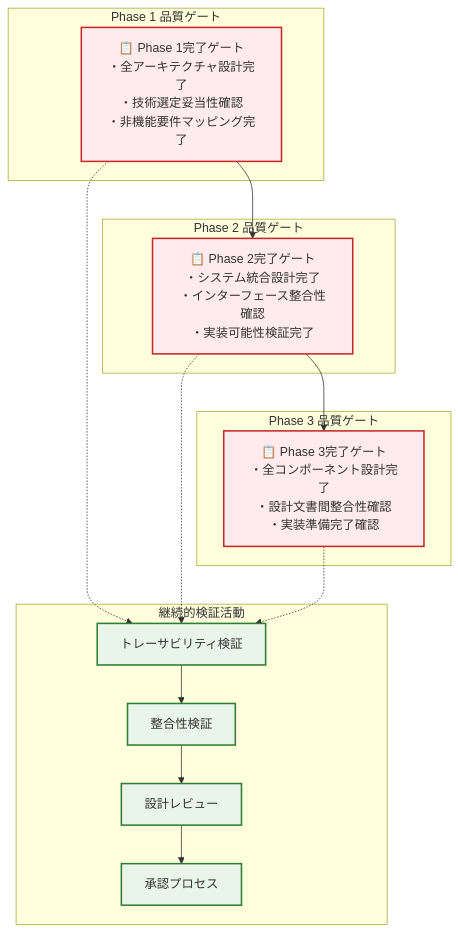
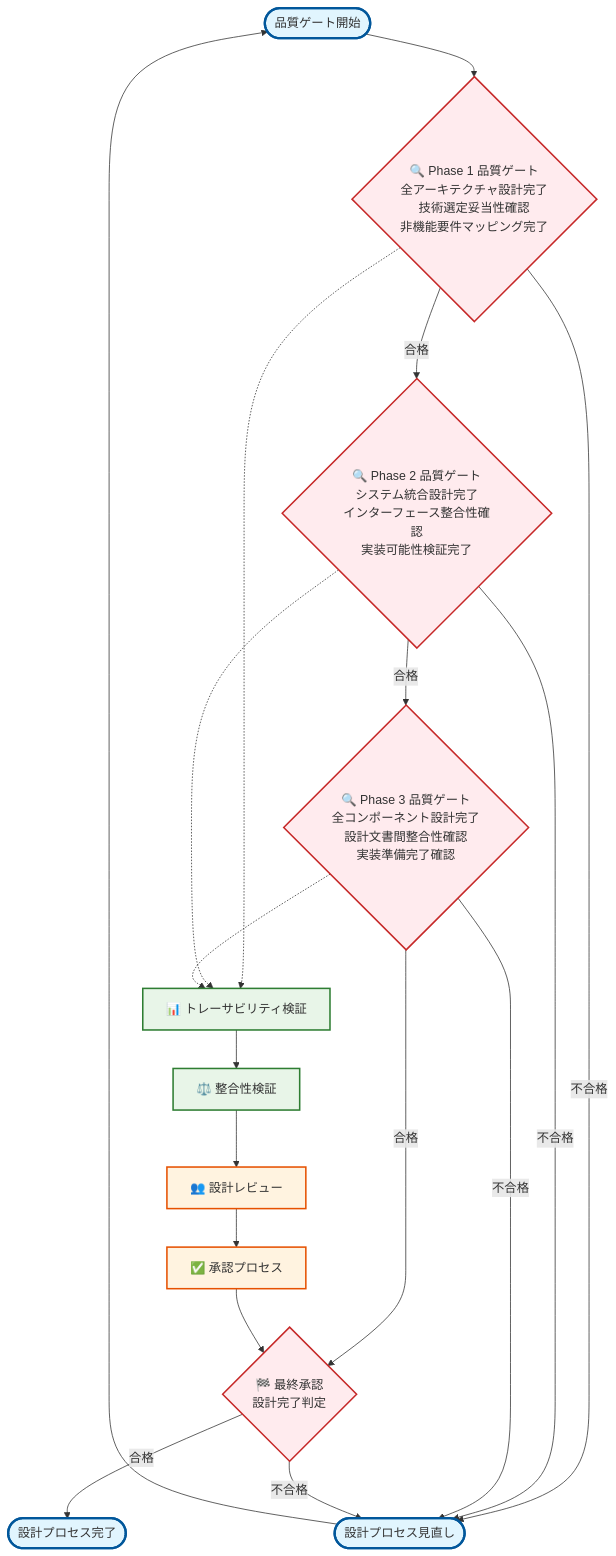
The fifth of 7 diagrams in docs/design/design_process_flow_diagram.md (toshimana/zoom_video_mover), drawn with Mermaid before and after one commit. The commit also changed other lines of this file and 1 other file, not shown here.

````diff
--- a/docs/design/design_process_flow_diagram.md
+++ b/docs/design/design_process_flow_diagram.md
@@ -340,44 +413,57 @@
 ```mermaid
-graph TD
-    %% Phase 1 品質ゲート
-    subgraph "Phase 1 品質ゲート"
-        P1_GATE[📋 Phase 1完了ゲート<br/>・全アーキテクチャ設計完了<br/>・技術選定妥当性確認<br/>・非機能要件マッピング完了]
-    end
+flowchart TD
+    %% 品質ゲート
+    QG_START([品質ゲート開始])
     
-    %% Phase 2 品質ゲート
-    subgraph "Phase 2 品質ゲート"
-        P2_GATE[📋 Phase 2完了ゲート<br/>・システム統合設計完了<br/>・インターフェース整合性確認<br/>・実装可能性検証完了]
-    end
+    %% Phase品質ゲート
+    P1_GATE{🔍 Phase 1 品質ゲート<br/>全アーキテクチャ設計完了<br/>技術選定妥当性確認<br/>非機能要件マッピング完了}
     
-    %% Phase 3 品質ゲート
-    subgraph "Phase 3 品質ゲート"
-        P3_GATE[📋 Phase 3完了ゲート<br/>・全コンポーネント設計完了<br/>・設計文書間整合性確認<br/>・実装準備完了確認]
-    end
+    P2_GATE{🔍 Phase 2 品質ゲート<br/>システム統合設計完了<br/>インターフェース整合性確認<br/>実装可能性検証完了}
     
-    %% 検証活動
-    subgraph "継続的検証活動"
-        TRACE_CHECK[トレーサビリティ検証]
-        CONSISTENCY_CHECK[整合性検証]
-        REVIEW[設計レビュー]
-        APPROVAL[承認プロセス]
-        
-        TRACE_CHECK --> CONSISTENCY_CHECK
-        CONSISTENCY_CHECK --> REVIEW
-        REVIEW --> APPROVAL
-    end
+    P3_GATE{🔍 Phase 3 品質ゲート<br/>全コンポーネント設計完了<br/>設計文書間整合性確認<br/>実装準備完了確認}
+    
+    %% 継続的検証活動
+    TRACE_CHECK[📊 トレーサビリティ検証]
+    CONSISTENCY_CHECK[⚖️ 整合性検証]
+    REVIEW[👥 設計レビュー]
+    APPROVAL[✅ 承認プロセス]
+    
+    %% 最終判定
+    FINAL_APPROVAL{🏁 最終承認<br/>設計完了判定}
+    SUCCESS([設計プロセス完了])
+    REWORK([設計プロセス見直し])
     
     %% 流れ
-    P1_GATE --> P2_GATE
-    P2_GATE --> P3_GATE
+    QG_START --> P1_GATE
+    P1_GATE -->|合格| P2_GATE
+    P1_GATE -->|不合格| REWORK
+    P2_GATE -->|合格| P3_GATE  
+    P2_GATE -->|不合格| REWORK
+    P3_GATE -->|合格| FINAL_APPROVAL
+    P3_GATE -->|不合格| REWORK
     
+    %% 並行検証活動
     P1_GATE -.-> TRACE_CHECK
     P2_GATE -.-> TRACE_CHECK
     P3_GATE -.-> TRACE_CHECK
     
-    %% スタイル
-    classDef gateClass fill:#ffebee,stroke:#c62828,stroke-width:2px
-    classDef verifyClass fill:#e8f5e8,stroke:#2e7d32,stroke-width:2px
+    TRACE_CHECK --> CONSISTENCY_CHECK
+    CONSISTENCY_CHECK --> REVIEW
+    REVIEW --> APPROVAL
+    APPROVAL --> FINAL_APPROVAL
     
-    class P1_GATE,P2_GATE,P3_GATE gateClass
-    class TRACE_CHECK,CONSISTENCY_CHECK,REVIEW,APPROVAL verifyClass
+    FINAL_APPROVAL -->|合格| SUCCESS
+    FINAL_APPROVAL -->|不合格| REWORK
+    REWORK --> QG_START
+    
+    %% スタイル定義
+    classDef startEnd fill:#e1f5fe,stroke:#01579b,stroke-width:3px
+    classDef gate fill:#ffebee,stroke:#c62828,stroke-width:2px
+    classDef verify fill:#e8f5e8,stroke:#2e7d32,stroke-width:2px
+    classDef approval fill:#fff3e0,stroke:#e65100,stroke-width:2px
+    
+    class QG_START,SUCCESS,REWORK startEnd
+    class P1_GATE,P2_GATE,P3_GATE,FINAL_APPROVAL gate
+    class TRACE_CHECK,CONSISTENCY_CHECK verify
+    class REVIEW,APPROVAL approval
 ```
````
